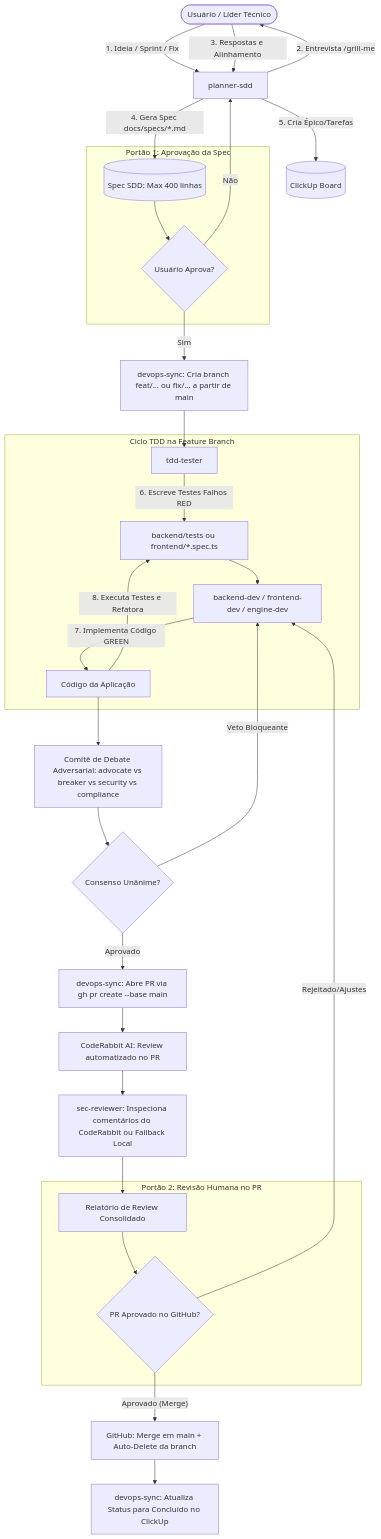
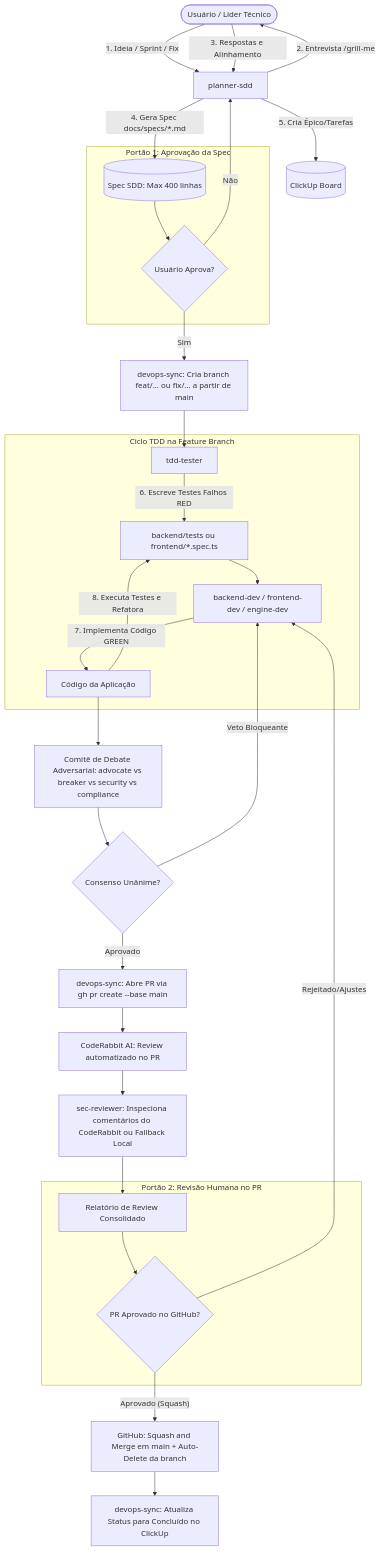
The diagram in .agent/workflows/sdd-cycle.md (ValdVdC/Fabrica-de-Software-Gerenciador-de-salas), drawn with Mermaid before and after one commit. The commit also changed other lines of this file and 2 other files, not shown here.

First line of the commit message:
docs(governance): padronizar squash and merge exclusivo na main (#40)

````diff
--- a/.agent/workflows/sdd-cycle.md
+++ b/.agent/workflows/sdd-cycle.md
@@ -9,41 +9,41 @@
 ```mermaid
 flowchart TD
     User([Usuário / Líder Técnico]) -->|1. Ideia / Sprint / Fix| Planner[planner-sdd]
     Planner -->|2. Entrevista /grill-me| User
     User -->|3. Respostas e Alinhamento| Planner
     Planner -->|4. Gera Spec docs/specs/*.md| Spec[(Spec SDD: Max 400 linhas)]
     Planner -->|5. Cria Épico/Tarefas| ClickUp[(ClickUp Board)]
     
     subgraph Gate1 [Portão 1: Aprovação da Spec]
         Spec --> UserApproval1{Usuário Aprova?}
     end
     
     UserApproval1 -- Não --> Planner
     UserApproval1 -- Sim --> DevOpsBranch[devops-sync: Cria branch feat/... ou fix/... a partir de main]
     DevOpsBranch --> Tester[tdd-tester]
     
     subgraph TDD_Cycle [Ciclo TDD na Feature Branch]
         Tester -->|6. Escreve Testes Falhos RED| TestSuite[backend/tests ou frontend/*.spec.ts]
         TestSuite --> Dev[backend-dev / frontend-dev / engine-dev]
         Dev -->|7. Implementa Código GREEN| Codebase[Código da Aplicação]
         Codebase -->|8. Executa Testes e Refatora| TestSuite
     end
     
     Codebase --> AdversarialDebate[Comitê de Debate Adversarial: advocate vs breaker vs security vs compliance]
     AdversarialDebate --> ArbiterVerdict{Consenso Unânime?}
     ArbiterVerdict -- Veto Bloqueante --> Dev
     ArbiterVerdict -- Aprovado --> OpenPR[devops-sync: Abre PR via gh pr create --base main]
     
     OpenPR --> AIRabbit[CodeRabbit AI: Review automatizado no PR]
     AIRabbit --> SecReview[sec-reviewer: Inspeciona comentários do CodeRabbit ou Fallback Local]
     SecReview --> AuditReport[Relatório de Review Consolidado]
     
     subgraph Gate2 [Portão 2: Revisão Humana no PR]
         AuditReport --> UserApproval2{PR Aprovado no GitHub?}
     end
     
     UserApproval2 -- Rejeitado/Ajustes --> Dev
-    UserApproval2 -- Aprovado (Merge) --> AutoDelete[GitHub: Merge em main + Auto-Delete da branch]
+    UserApproval2 -- Aprovado (Squash) --> AutoDelete["GitHub: Squash and Merge em main + Auto-Delete da branch"]
     
     AutoDelete --> FinalSync[devops-sync: Atualiza Status para Concluído no ClickUp]
 ```
````
